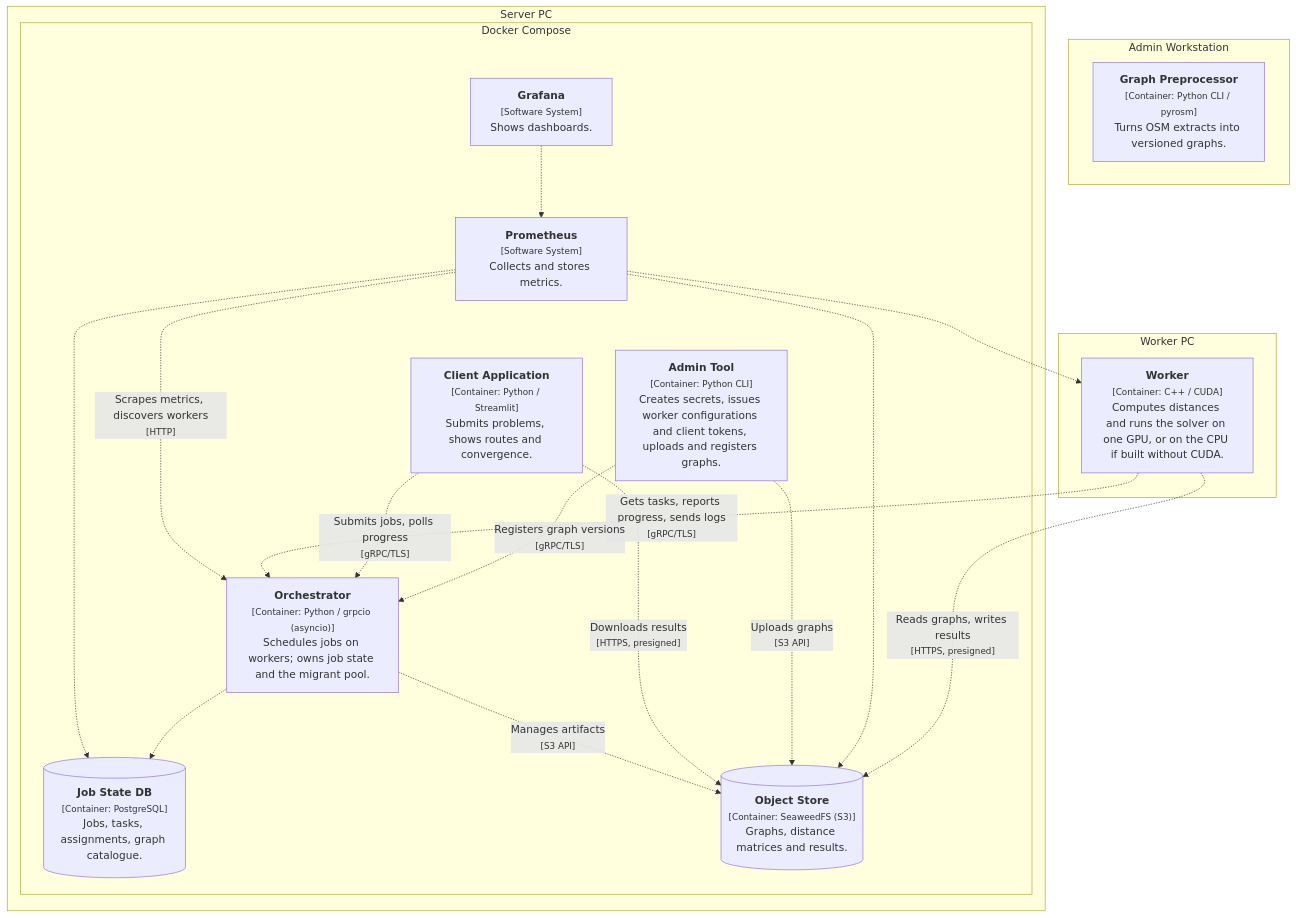
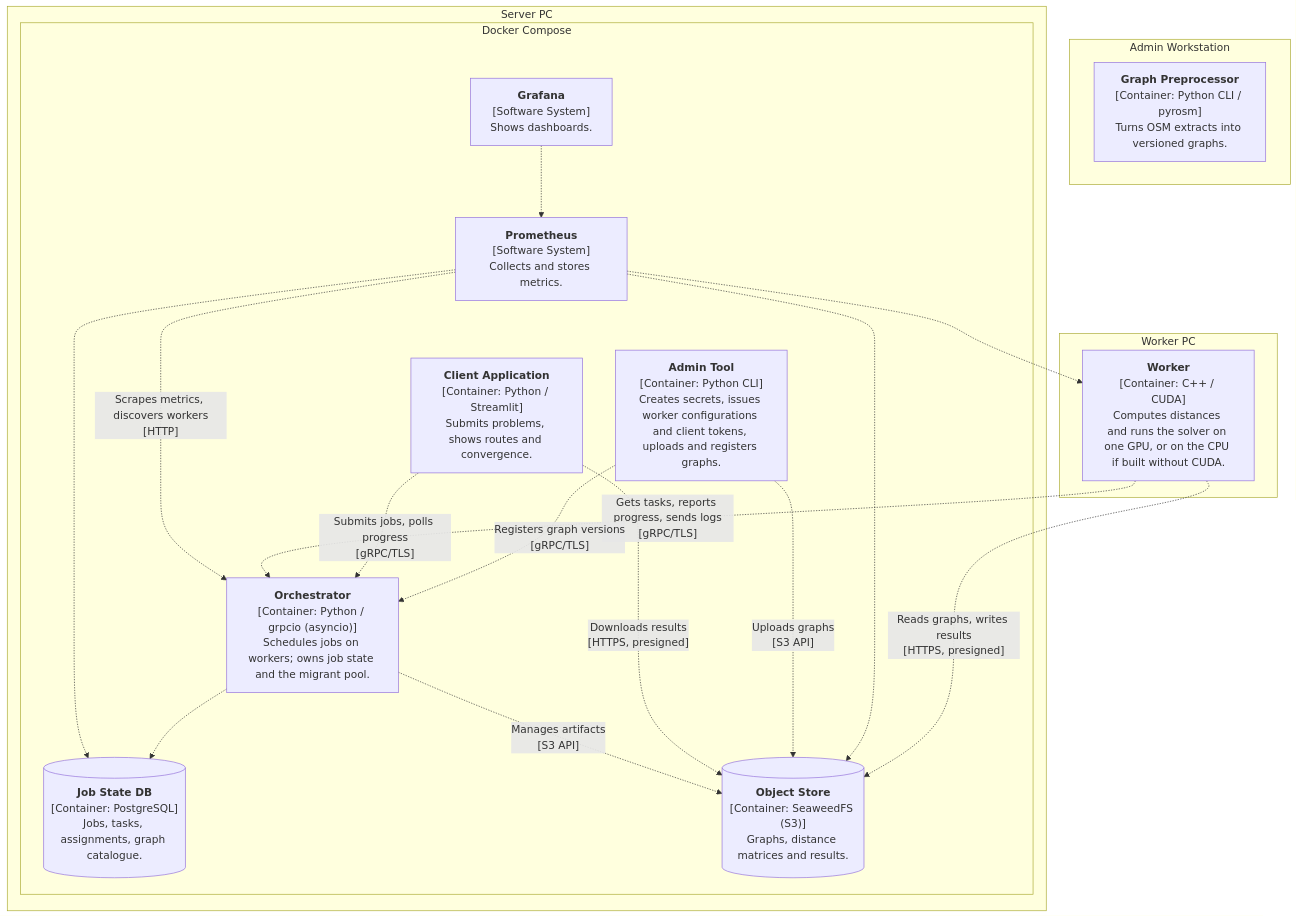
One commit to PogSmok/vrp-distributed changed the diagram in deploy/README.md. Above: the diagram before and after it, drawn with Mermaid. The commit also changed other lines of this file and 25 other files, not shown here.

Commit message:
feat: release workflow, 15 MB live road plans, and diagram fixes

````diff
--- a/deploy/README.md
+++ b/deploy/README.md
@@ -16,43 +26,43 @@
 ```mermaid
 graph TB
 
     subgraph 110 ["Worker PC"]
 
-      111["<b>Worker</b><br/><small>[Container: C++ / CUDA]</small><br/>Computes distances and runs the solver on one GPU, or on the CPU if built without CUDA."]
+      111["<b>Worker</b><br/>[Container: C++ / CUDA]<br/>Computes distances and runs the solver on one GPU, or on the CPU if built without CUDA."]
     end
 
     subgraph 115 ["Admin Workstation"]
 
-      116["<b>Graph Preprocessor</b><br/><small>[Container: Python CLI / pyrosm]</small><br/>Turns OSM extracts into versioned graphs."]
+      116["<b>Graph Preprocessor</b><br/>[Container: Python CLI / pyrosm]<br/>Turns OSM extracts into versioned graphs."]
     end
 
     subgraph 91 ["Server PC"]
 
       subgraph 92 ["Docker Compose"]
 
-        100[("<b>Object Store</b><br/><small>[Container: SeaweedFS (S3)]</small><br/>Graphs, distance matrices and results.")]
-        104["<b>Prometheus</b><br/><small>[Software System]</small><br/>Collects and stores metrics."]
-        108["<b>Grafana</b><br/><small>[Software System]</small><br/>Shows dashboards."]
-        93["<b>Orchestrator</b><br/><small>[Container: Python / grpcio (asyncio)]</small><br/>Schedules jobs on workers; owns job state and the migrant pool."]
-        94["<b>Client Application</b><br/><small>[Container: Python / Streamlit]</small><br/>Submits problems, shows routes and convergence."]
-        96["<b>Admin Tool</b><br/><small>[Container: Python CLI]</small><br/>Creates secrets, issues worker configurations and client tokens, uploads and registers graphs."]
-        98[("<b>Job State DB</b><br/><small>[Container: PostgreSQL]</small><br/>Jobs, tasks, assignments, graph catalogue.")]
+        100[("<b>Object Store</b><br/>[Container: SeaweedFS (S3)]<br/>Graphs, distance matrices and results.")]
+        104["<b>Prometheus</b><br/>[Software System]<br/>Collects and stores metrics."]
+        108["<b>Grafana</b><br/>[Software System]<br/>Shows dashboards."]
+        93["<b>Orchestrator</b><br/>[Container: Python / grpcio (asyncio)]<br/>Schedules jobs on workers; owns job state and the migrant pool."]
+        94["<b>Client Application</b><br/>[Container: Python / Streamlit]<br/>Submits problems, shows routes and convergence."]
+        96["<b>Admin Tool</b><br/>[Container: Python CLI]<br/>Creates secrets, issues worker configurations and client tokens, uploads and registers graphs."]
+        98[("<b>Job State DB</b><br/>[Container: PostgreSQL]<br/>Jobs, tasks, assignments, graph catalogue.")]
       end
 
     end
 
-    93-. "Manages artifacts<br/><small>[S3 API]</small>" .->100
-    94-. "Downloads results<br/><small>[HTTPS, presigned]</small>" .->100
-    96-. "Uploads graphs<br/><small>[S3 API]</small>" .->100
-    104-. "Scrapes metrics, discovers workers<br/><small>[HTTP]</small>" .->93
+    93-. "Manages artifacts<br/>[S3 API]" .->100
+    94-. "Downloads results<br/>[HTTPS, presigned]" .->100
+    96-. "Uploads graphs<br/>[S3 API]" .->100
+    104-. "Scrapes metrics, discovers workers<br/>[HTTP]" .->93
     104-.->98
     104-.->100
     108-.->104
-    111-. "Gets tasks, reports progress, sends logs<br/><small>[gRPC/TLS]</small>" .->93
-    111-. "Reads graphs, writes results<br/><small>[HTTPS, presigned]</small>" .->100
+    111-. "Gets tasks, reports progress, sends logs<br/>[gRPC/TLS]" .->93
+    111-. "Reads graphs, writes results<br/>[HTTPS, presigned]" .->100
     104-.->111
-    94-. "Submits jobs, polls progress<br/><small>[gRPC/TLS]</small>" .->93
-    96-. "Registers graph versions<br/><small>[gRPC/TLS]</small>" .->93
+    94-. "Submits jobs, polls progress<br/>[gRPC/TLS]" .->93
+    96-. "Registers graph versions<br/>[gRPC/TLS]" .->93
     93-.->98
 
 ```
````
